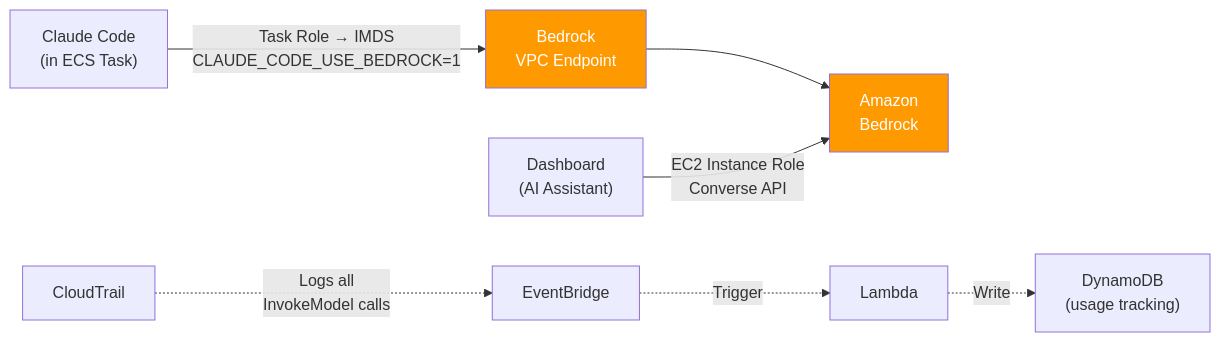
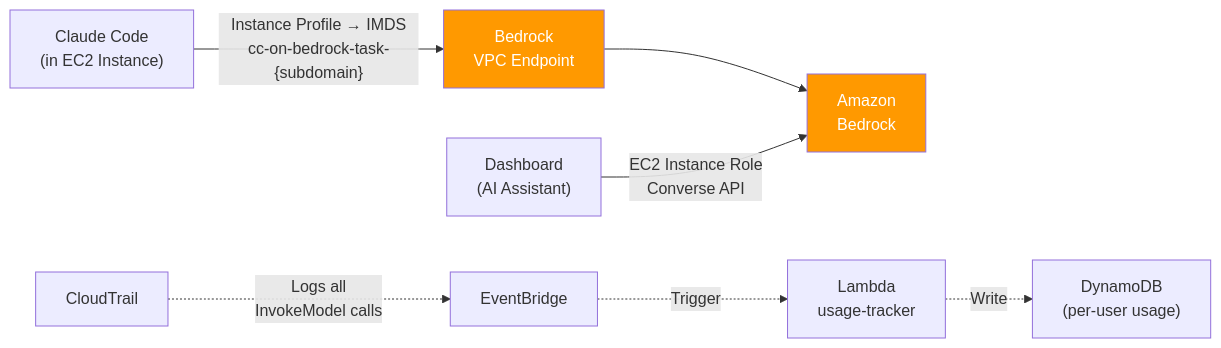
The fourth of 7 diagrams in docs/architecture.md (Atom-oh/cc-on-bedrock), drawn with Mermaid before and after one commit. The commit also changed other lines of this file and 99 other files, not shown here.

````diff
--- a/docs/architecture.md
+++ b/docs/architecture.md
@@ -170,14 +184,14 @@
 ```mermaid
 graph LR
-    CC["Claude Code<br/>(in ECS Task)"] -->|"Task Role → IMDS<br/>CLAUDE_CODE_USE_BEDROCK=1"| VPCE["Bedrock<br/>VPC Endpoint"]
+    CC["Claude Code<br/>(in EC2 Instance)"] -->|"Instance Profile → IMDS<br/>cc-on-bedrock-task-{subdomain}"| VPCE["Bedrock<br/>VPC Endpoint"]
     VPCE --> Bedrock["Amazon<br/>Bedrock"]
 
     Dashboard["Dashboard<br/>(AI Assistant)"] -->|"EC2 Instance Role<br/>Converse API"| Bedrock
 
     CT["CloudTrail"] -.->|"Logs all<br/>InvokeModel calls"| EB["EventBridge"]
-    EB -.->|"Trigger"| Lambda["Lambda"]
-    Lambda -.->|"Write"| DDB["DynamoDB<br/>(usage tracking)"]
+    EB -.->|"Trigger"| Lambda["Lambda<br/>usage-tracker"]
+    Lambda -.->|"Write"| DDB["DynamoDB<br/>(per-user usage)"]
 
     style Bedrock fill:#ff9900,color:#fff
     style VPCE fill:#ff9900,color:#fff
 ```
````
